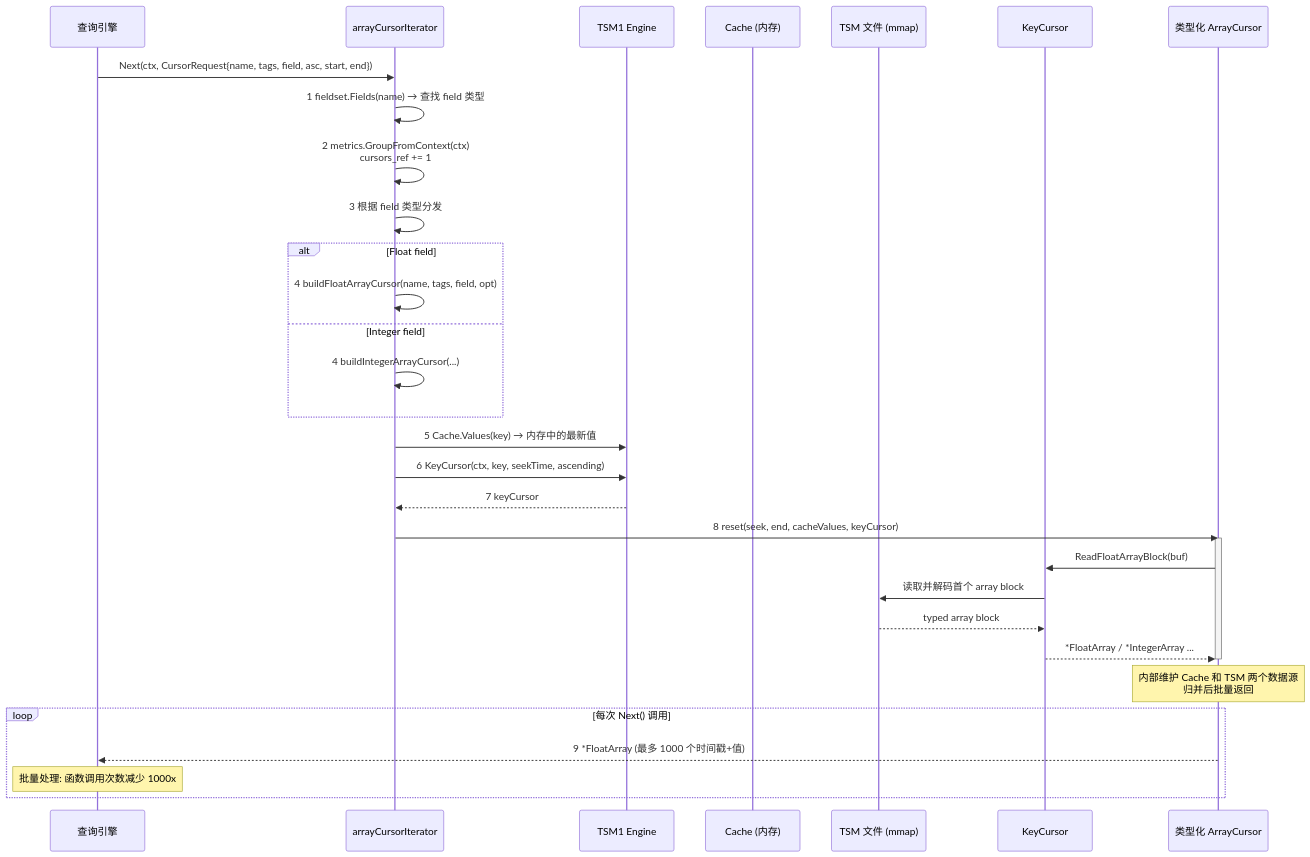
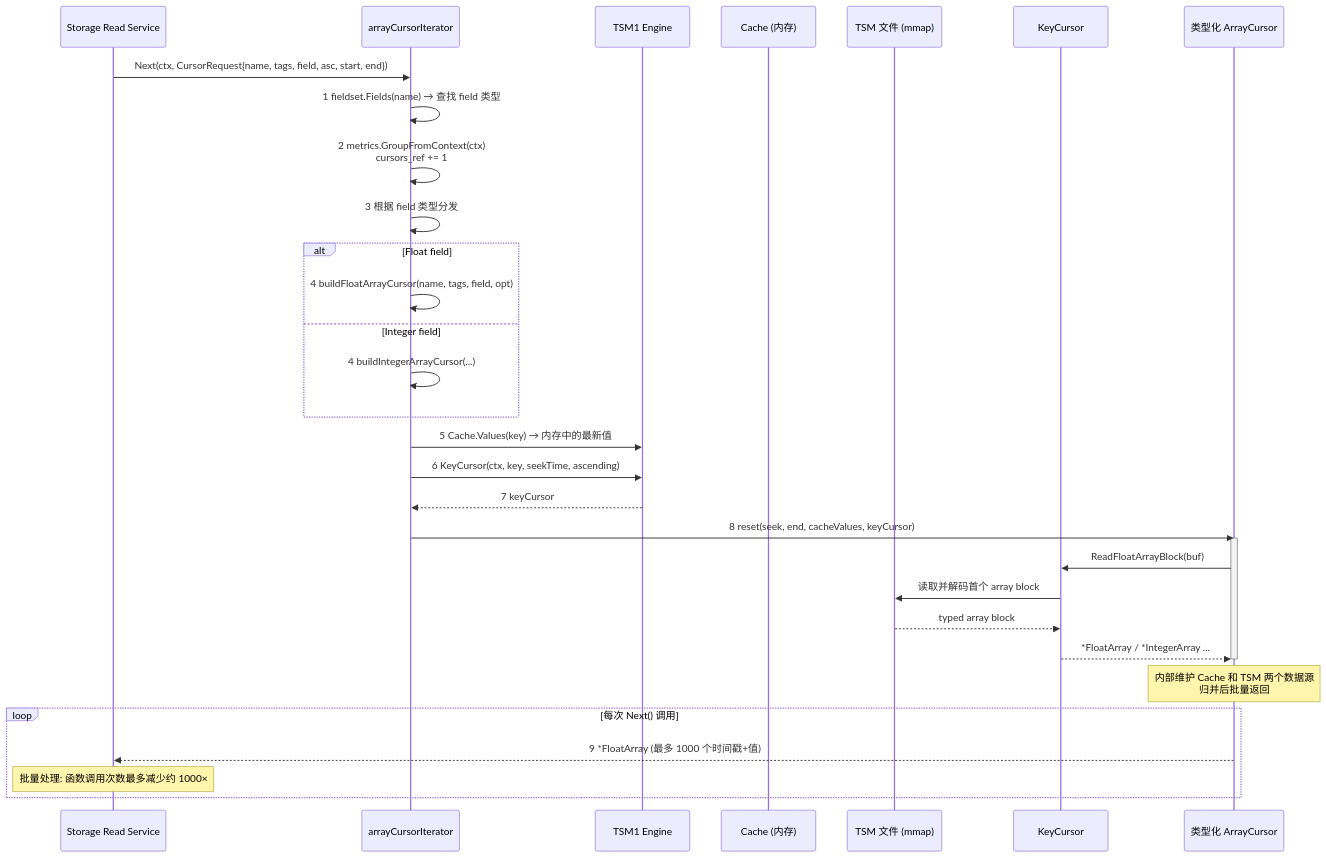
Before and after one commit to stefanv5/influxdb: the second of 7 diagrams in docs/specs/08_array_cursor_spec.md, drawn with Mermaid. The commit also changed other lines of this file and 16 other files, not shown here.

First line of the commit message:
docs: correct and deepen the 17 architecture specs

````diff
--- a/docs/specs/08_array_cursor_spec.md
+++ b/docs/specs/08_array_cursor_spec.md
@@ -193,39 +192,39 @@
 ```mermaid
 sequenceDiagram
-    participant Query as 查询引擎
+    participant Query as Storage Read Service
     participant ACI as arrayCursorIterator
     participant Engine as TSM1 Engine
     participant Cache as Cache (内存)
     participant TSM as TSM 文件 (mmap)
     participant KeyCursor as KeyCursor
     participant Cursor as 类型化 ArrayCursor
 
     Query->>ACI: Next(ctx, CursorRequest{name, tags, field, asc, start, end})
 
     ACI->>ACI: 1 fieldset.Fields(name) → 查找 field 类型
     ACI->>ACI: 2 metrics.GroupFromContext(ctx)<br/>cursors_ref += 1
     ACI->>ACI: 3 根据 field 类型分发
 
     alt Float field
         ACI->>ACI: 4 buildFloatArrayCursor(name, tags, field, opt)
     else Integer field
         ACI->>ACI: 4 buildIntegerArrayCursor(...)
     end
 
     ACI->>Engine: 5 Cache.Values(key) → 内存中的最新值
     ACI->>Engine: 6 KeyCursor(ctx, key, seekTime, ascending)
     Engine-->>ACI: 7 keyCursor
     ACI->>Cursor: 8 reset(seek, end, cacheValues, keyCursor)
     activate Cursor
     Cursor->>KeyCursor: ReadFloatArrayBlock(buf)
     KeyCursor->>TSM: 读取并解码首个 array block
     TSM-->>KeyCursor: typed array block
     KeyCursor-->>Cursor: *FloatArray / *IntegerArray ...
     deactivate Cursor
     Note over Cursor: 内部维护 Cache 和 TSM 两个数据源<br>归并后批量返回
 
     loop 每次 Next() 调用
         Cursor-->>Query: 9 *FloatArray (最多 1000 个时间戳+值)
-        Note over Query: 批量处理: 函数调用次数减少 1000x
+        Note over Query: 批量处理: 函数调用次数最多减少约 1000×
     end
 ```
````
